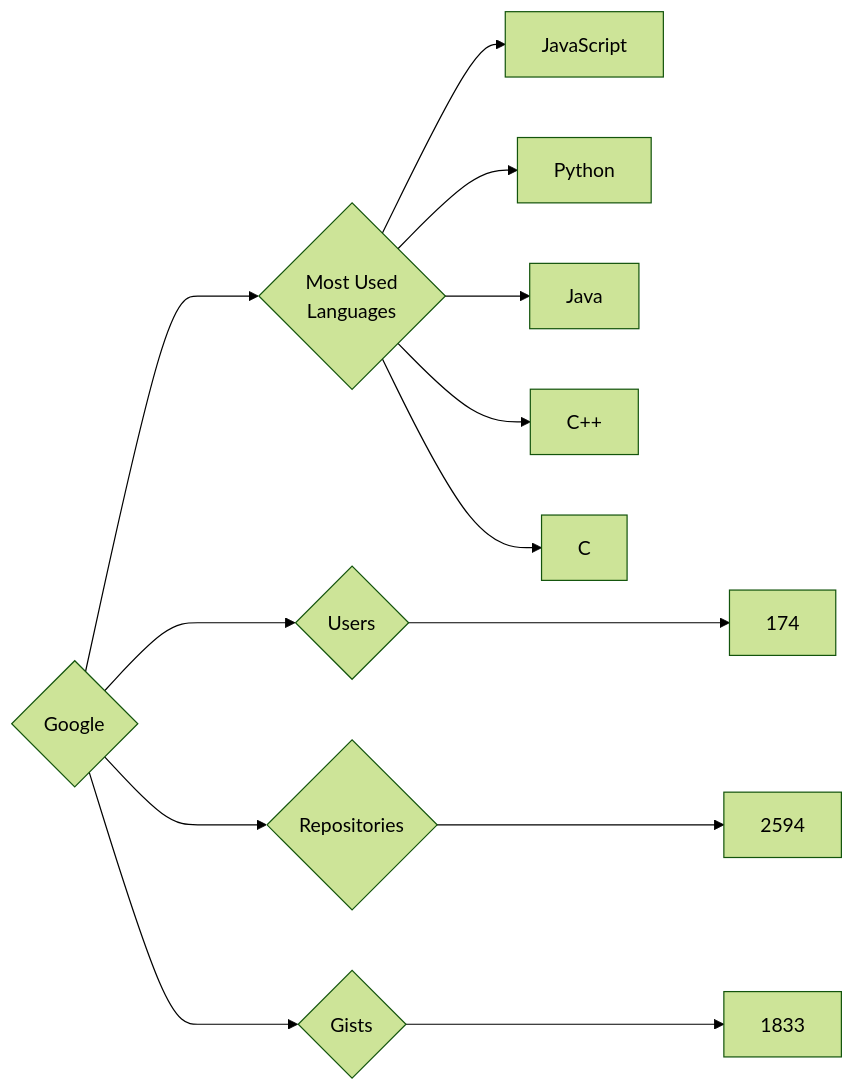
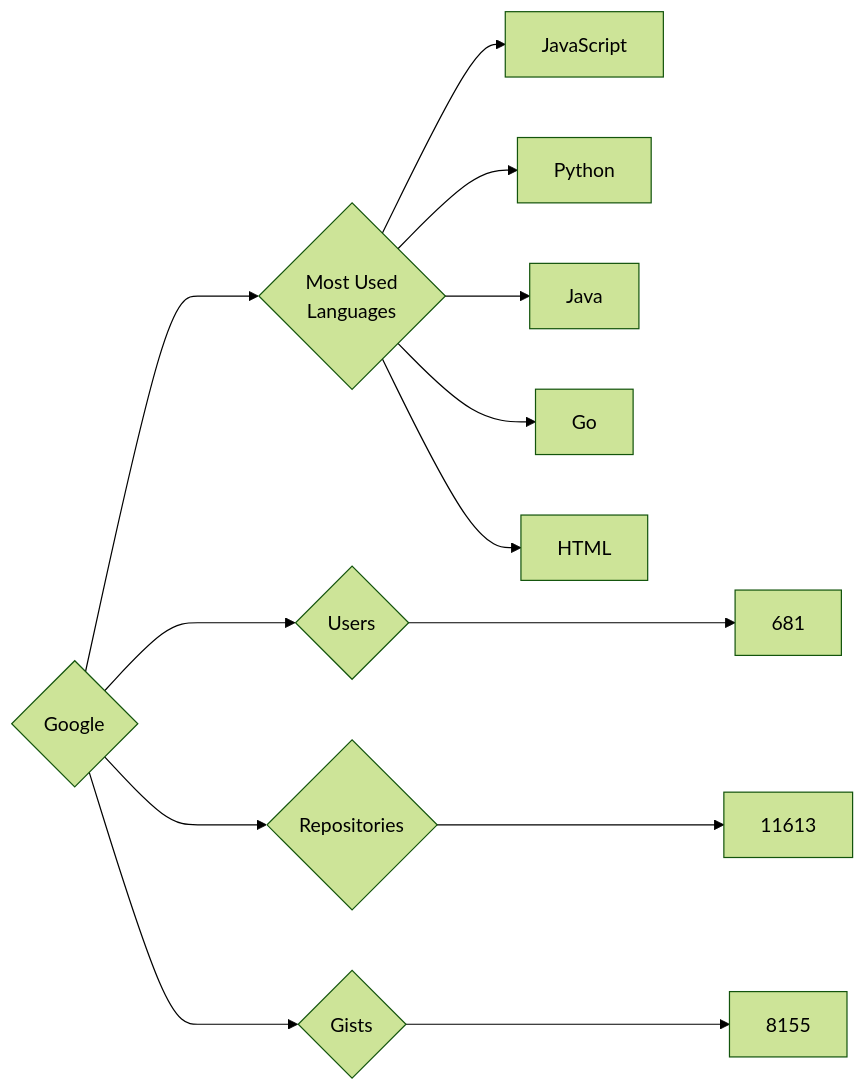
Before and after one commit to trickest/insiders: the diagram in targets/Google/README.md, drawn with Mermaid (forest theme). The commit also changed 870 other files, not shown here.

````diff
--- a/targets/Google/README.md
+++ b/targets/Google/README.md
@@ -3,13 +3,13 @@
 ```mermaid
 graph LR
 COMPANY_NAME{Google}
-COMPANY_NAME ---> U{Users} ---> UN[174]
-COMPANY_NAME ---> R{Repositories} ---> RN[2594]
-COMPANY_NAME ---> G{Gists} ---> GN[1833]
+COMPANY_NAME ---> U{Users} ---> UN[681]
+COMPANY_NAME ---> R{Repositories} ---> RN[11613]
+COMPANY_NAME ---> G{Gists} ---> GN[8155]
 COMPANY_NAME ---> ML{Most Used<br>Languages}
 ML --> JavaScript[JavaScript]
 ML --> Python[Python]
 ML --> Java[Java]
-ML --> C++[C++]
-ML --> C[C]
+ML --> Go[Go]
+ML --> HTML[HTML]
 ```
````
